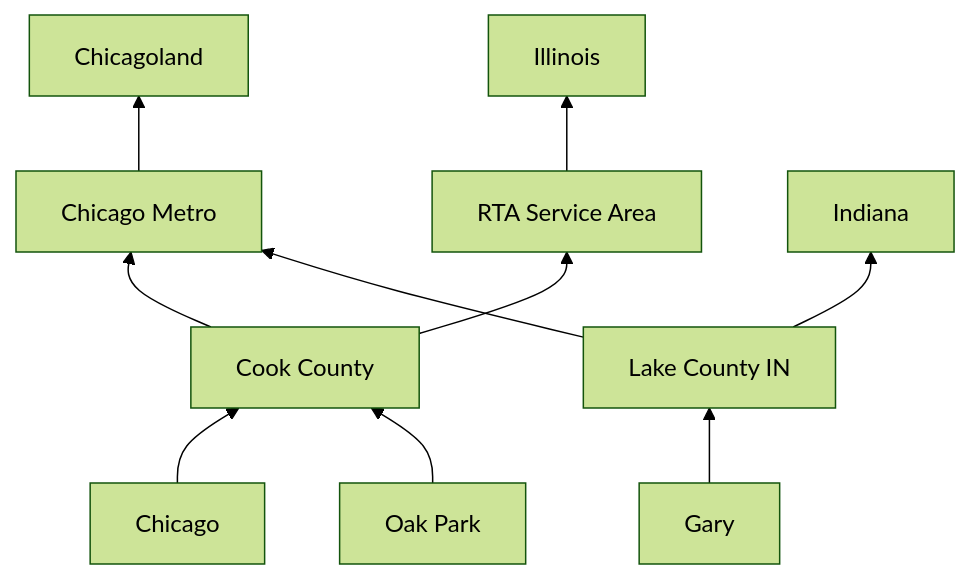
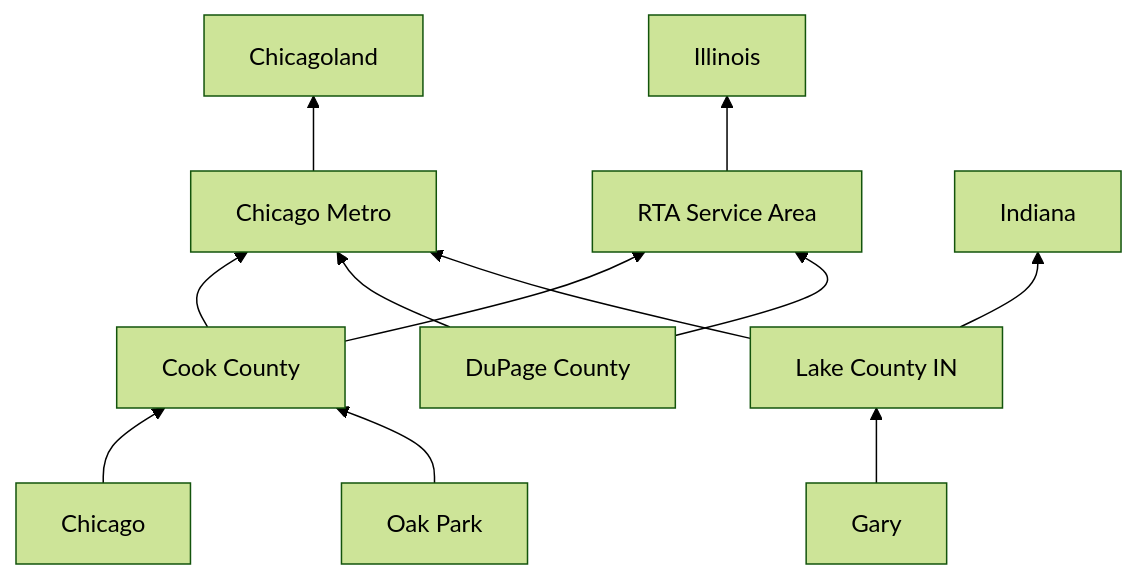
The second of 9 diagrams in docs/region-graph.md (mjrossi/urbanist-atlas), drawn with Mermaid (forest theme) before and after one commit. The commit also changed other lines of this file and 3 other files, not shown here.

````diff
--- a/docs/region-graph.md
+++ b/docs/region-graph.md
@@ -112,23 +121,26 @@
 ```mermaid
 graph BT
   chicago[Chicago]
   oakpark[Oak Park]
   gary[Gary]
+  dupage[DuPage County]
   cook[Cook County]
   lakein[Lake County IN]
   chimetro[Chicago Metro]
   rta[RTA Service Area]
   il[Illinois]
   in[Indiana]
   chimulti[Chicagoland]
 
   chicago --> cook
   oakpark --> cook
   gary --> lakein
   cook --> chimetro
   cook --> rta
+  dupage --> chimetro
+  dupage --> rta
   lakein --> chimetro
   lakein --> in
   rta --> il
   chimetro --> chimulti
 ```
````
